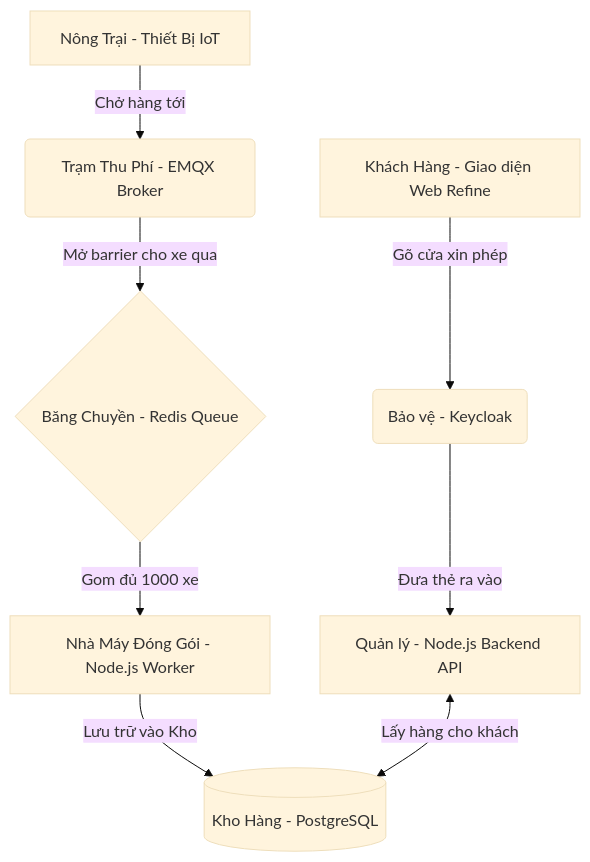
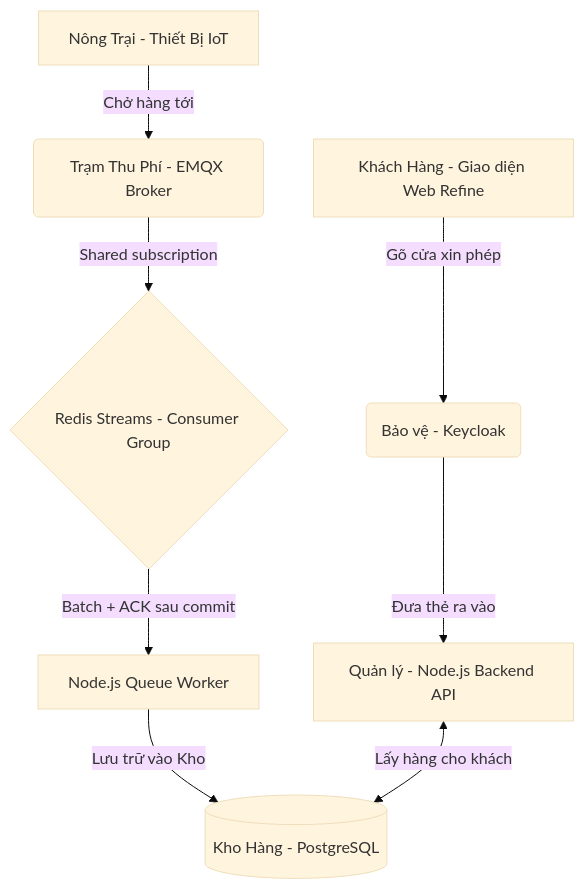
Before and after one commit to pankod/refine: the diagram in examples/auth-keycloak/backend/docs/huong-dan-chi-tiet-api.md, drawn with Mermaid (base theme). The commit also changed other lines of this file and 30 other files, not shown here.

````diff
--- a/examples/auth-keycloak/backend/docs/huong-dan-chi-tiet-api.md
+++ b/examples/auth-keycloak/backend/docs/huong-dan-chi-tiet-api.md
@@ -11,11 +11,11 @@
 ```mermaid
 graph TD
     A[Nông Trại - Thiết Bị IoT] -->|Chở hàng tới| B(Trạm Thu Phí - EMQX Broker)
-    B -->|Mở barrier cho xe qua| C{Băng Chuyền - Redis Queue}
-    C -->|Gom đủ 1000 xe| D[Nhà Máy Đóng Gói - Node.js Worker]
+    B -->|Shared subscription| C{Redis Streams - Consumer Group}
+    C -->|Batch + ACK sau commit| D[Node.js Queue Worker]
     D -->|Lưu trữ vào Kho| E[(Kho Hàng - PostgreSQL)]
     
     F[Khách Hàng - Giao diện Web Refine] -->|Gõ cửa xin phép| G(Bảo vệ - Keycloak)
     G -->|Đưa thẻ ra vào| H[Quản lý - Node.js Backend API]
     H <-->|Lấy hàng cho khách| E
 ```
````
